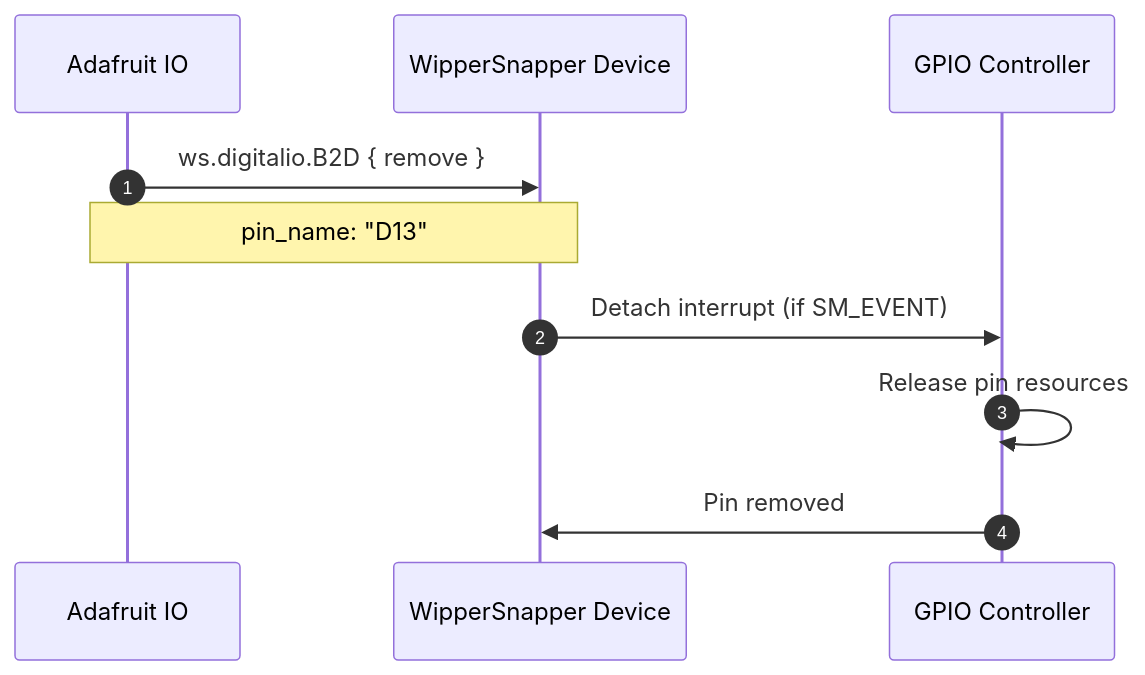
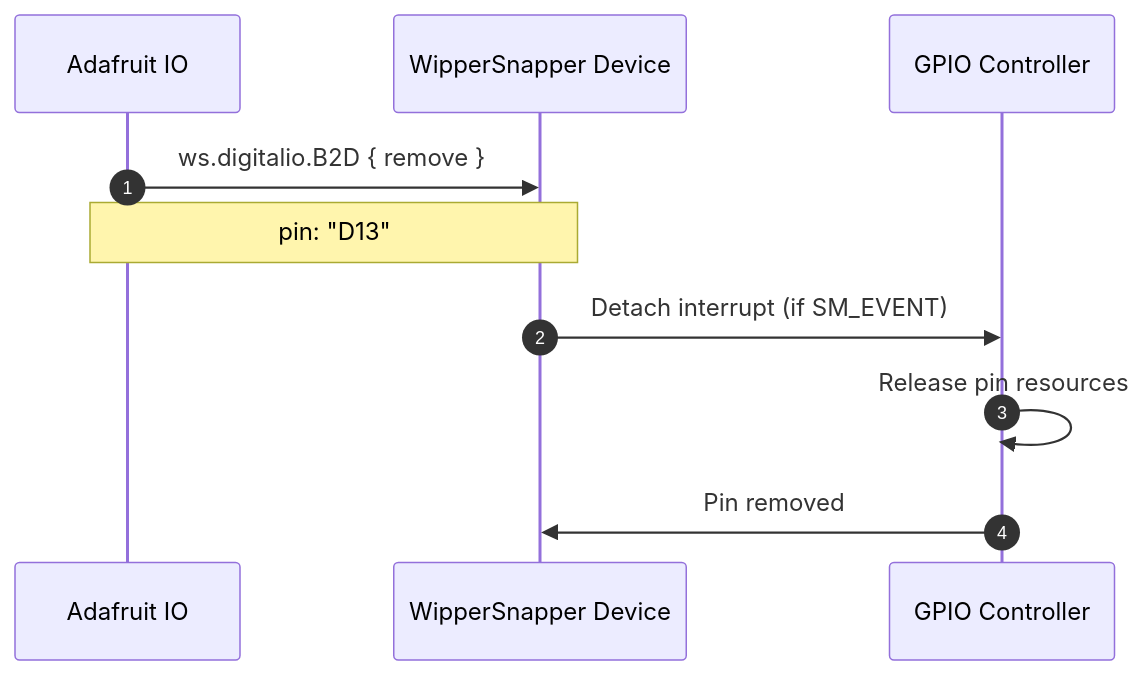
The fourth of 4 diagrams in proto/wippersnapper/docs/digitalio.md (adafruit/Wippersnapper_Protobuf), drawn with Mermaid before and after one commit. The commit also changed other lines of this file and 10 other files, not shown here.

Commit message:
rename pin_name to pin everywhere

````diff
--- a/proto/wippersnapper/docs/digitalio.md
+++ b/proto/wippersnapper/docs/digitalio.md
@@ -121,14 +121,14 @@
 ```mermaid
 sequenceDiagram
 autonumber
 participant IO as Adafruit IO
 participant Device as WipperSnapper Device
 participant GPIO as GPIO Controller
 
 IO->>Device: ws.digitalio.B2D { remove }
-Note over IO,Device: pin_name: "D13"
+Note over IO,Device: pin: "D13"
 
 Device->>GPIO: Detach interrupt (if SM_EVENT)
 GPIO->>GPIO: Release pin resources
 GPIO->>Device: Pin removed
 ```
````
